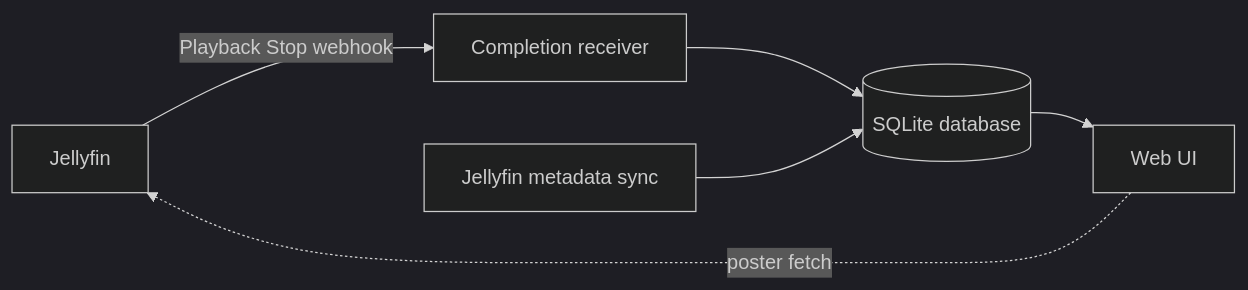
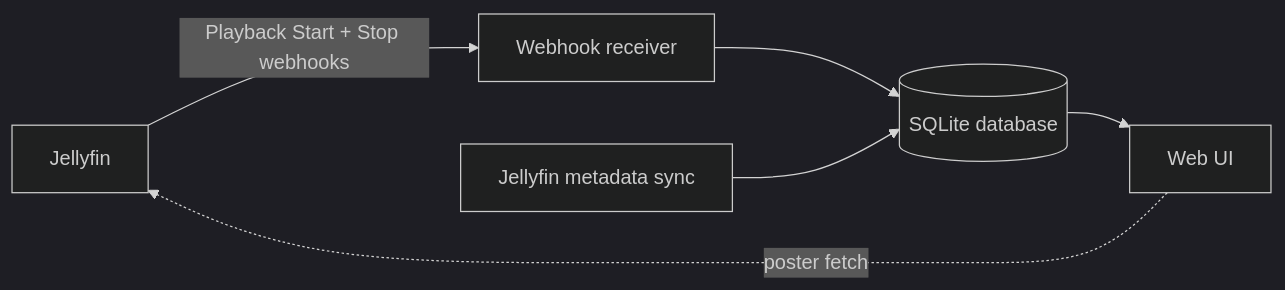
One commit to divin/tana changed the diagram in README.md. Above: the diagram before and after it, drawn with Mermaid (dark theme). The commit also changed other lines of this file and 22 other files, not shown here.

First line of the commit message:
Tana 2.0.0: started movies, favorites, manual watch actions, and v4 schema

````diff
--- a/README.md
+++ b/README.md
@@ -9,8 +17,8 @@
 ```mermaid
 flowchart LR
-    A[Jellyfin] -->|Playback Stop webhook| B[Completion receiver]
+    A[Jellyfin] -->|Playback Start + Stop webhooks| B[Webhook receiver]
     B --> C[(SQLite database)]
     D[Jellyfin metadata sync] --> C
     C --> E[Web UI]
     E -. poster fetch .-> A
 ```
````
